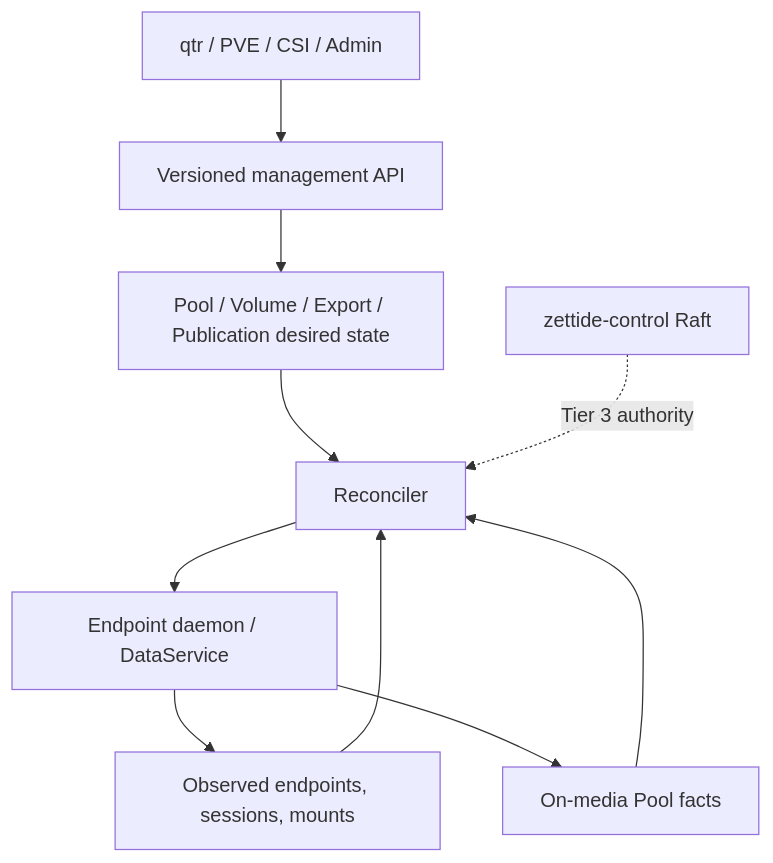
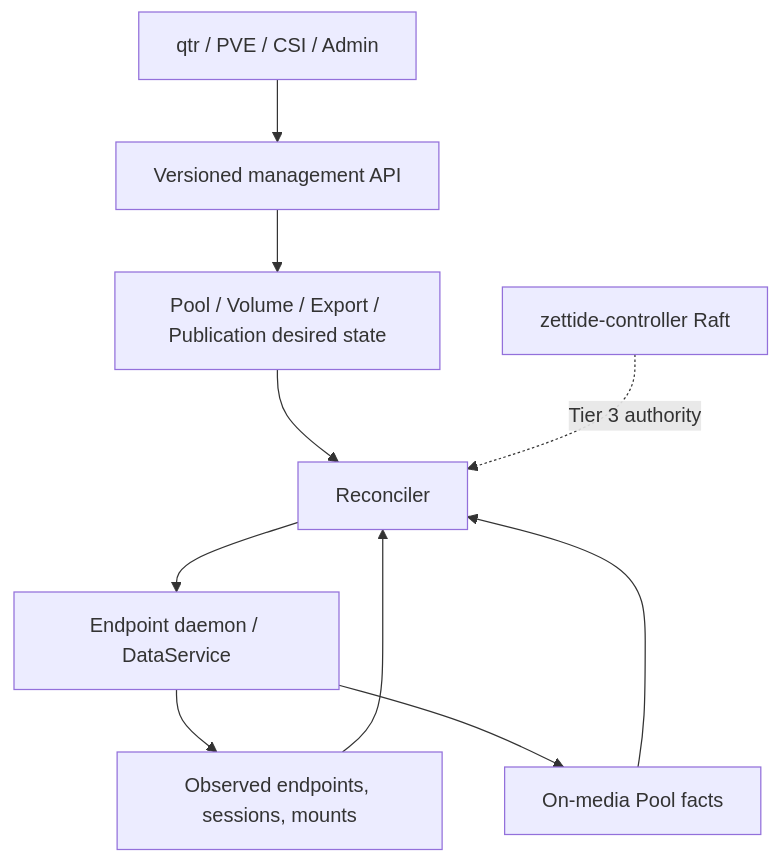
Before and after one commit to fanyang89/zettide: the first of 2 diagrams in docs/architecture/zh-CN/04-control-plane.md, drawn with Mermaid. The commit also changed other lines of this file and 59 other files, not shown here.

Commit message:
refactor: rename control service to controller

````diff
--- a/docs/architecture/zh-CN/04-control-plane.md
+++ b/docs/architecture/zh-CN/04-control-plane.md
@@ -21,12 +21,12 @@
 ```mermaid
 flowchart TB
     A[qtr / PVE / CSI / Admin] --> API[Versioned management API]
     API --> Desired[Pool / Volume / Export / Publication desired state]
     Desired --> R[Reconciler]
     R --> E[Endpoint daemon / DataService]
     E --> Obs[Observed endpoints, sessions, mounts]
     Obs --> R
     E --> Facts[On-media Pool facts]
     Facts --> R
-    CP[zettide-control Raft] -. Tier 3 authority .-> R
+    CP[zettide-controller Raft] -. Tier 3 authority .-> R
 ```
````
